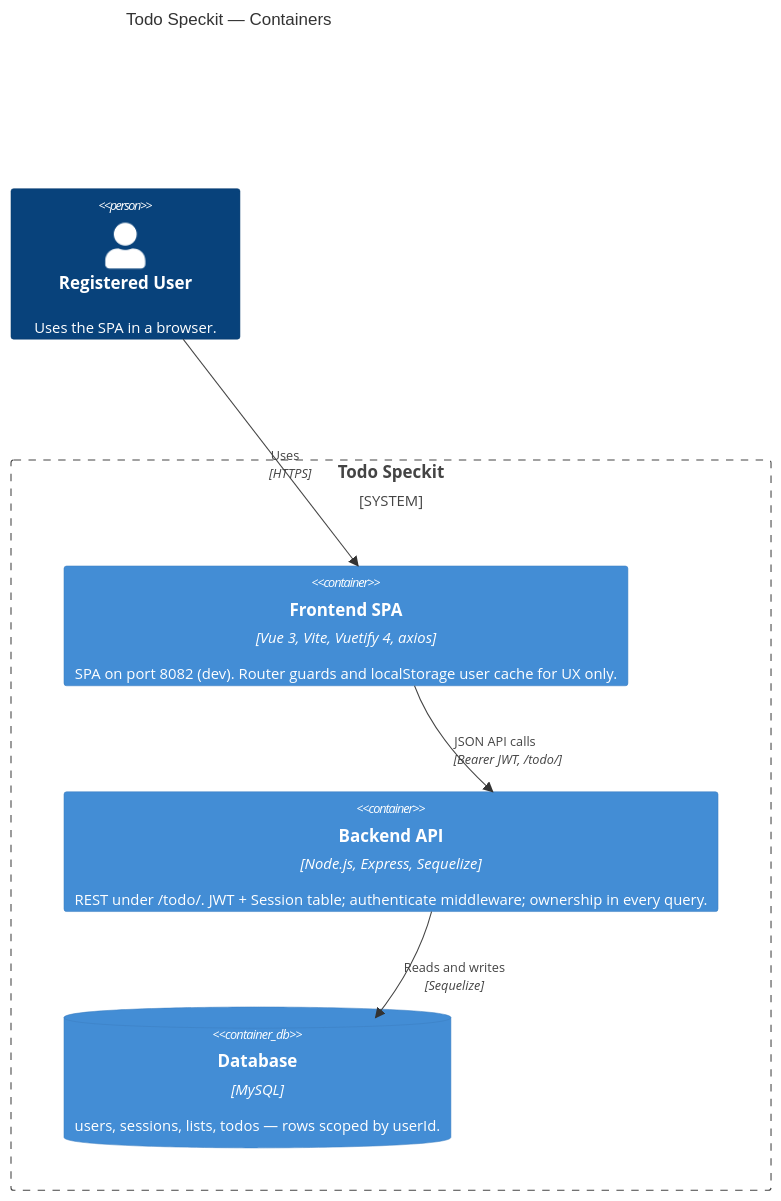
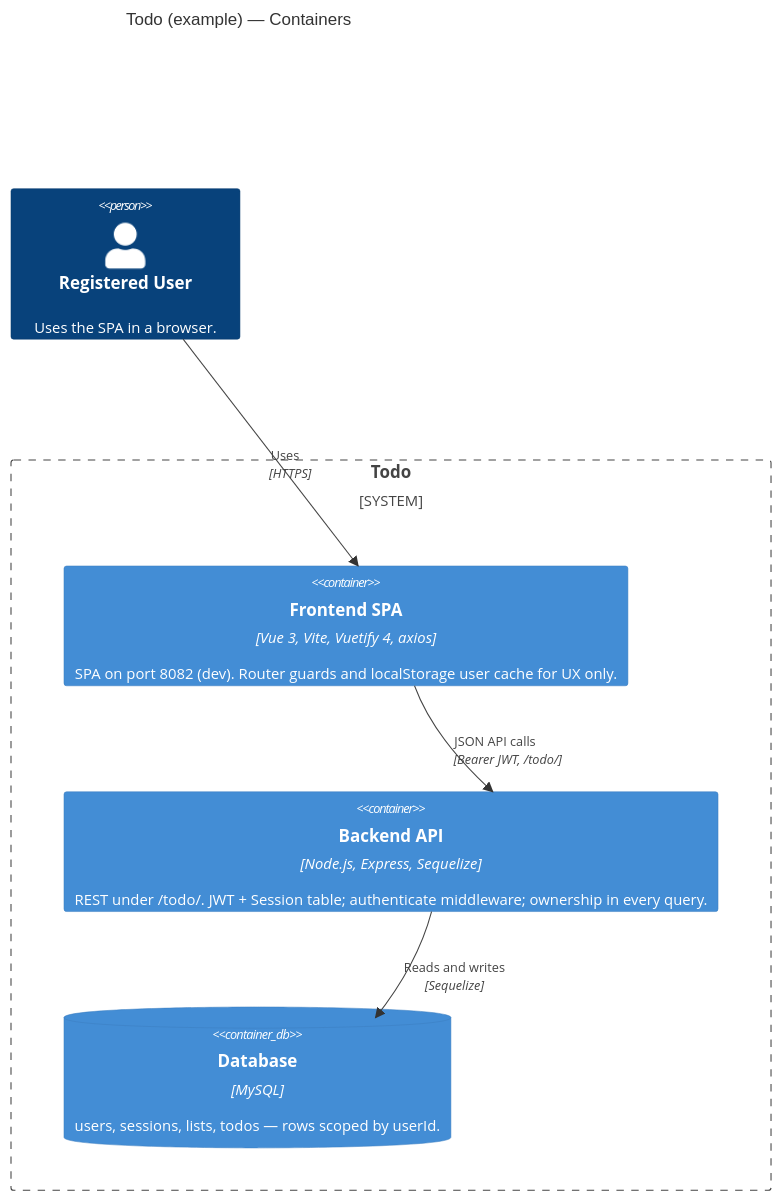
Before and after one commit to OC-ComputerScience/todospeckit: the diagram in docs/arch_diagrams/c4-container.md, drawn with Mermaid. The commit also changed 30 other files, not shown here.

````diff
--- a/docs/arch_diagrams/c4-container.md
+++ b/docs/arch_diagrams/c4-container.md
@@ -5,16 +5,16 @@
 ```mermaid
 C4Container
-title Todo Speckit — Containers
+title Todo (example) — Containers
 
 Person(user, "Registered User", "Uses the SPA in a browser.")
 
-System_Boundary(todoSpeckit, "Todo Speckit") {
+System_Boundary(todoApp, "Todo") {
     Container(spa, "Frontend SPA", "Vue 3, Vite, Vuetify 4, axios", "SPA on port 8082 (dev). Router guards and localStorage user cache for UX only.")
     Container(api, "Backend API", "Node.js, Express, Sequelize", "REST under /todo/. JWT + Session table; authenticate middleware; ownership in every query.")
     ContainerDb(db, "Database", "MySQL", "users, sessions, lists, todos — rows scoped by userId.")
 }
 
 Rel(user, spa, "Uses", "HTTPS")
 Rel(spa, api, "JSON API calls", "Bearer JWT, /todo/")
 Rel(api, db, "Reads and writes", "Sequelize")
 ```
````
